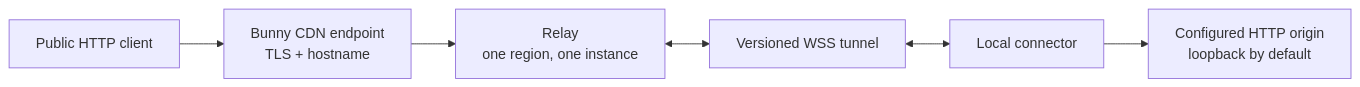
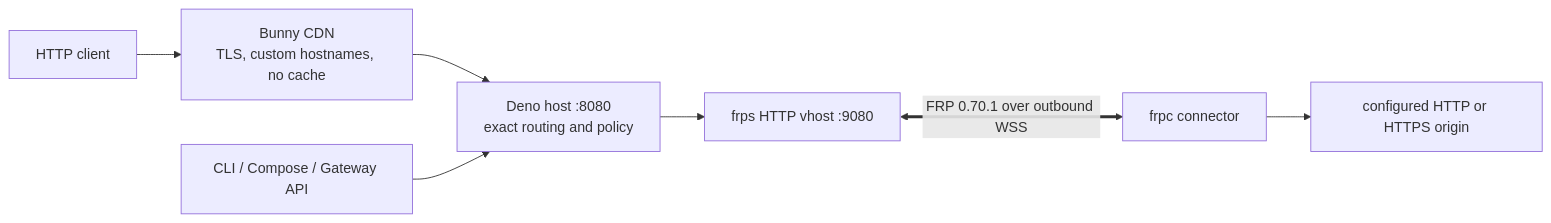
One commit to zimme/bunny-hole changed the diagram in docs/architecture.md. Above: the diagram before and after it, drawn with Mermaid. The commit also changed other lines of this file and 106 other files, not shown here.

Commit message:
feat: build the FRP-based Bunny Hole platform

````diff
--- a/docs/architecture.md
+++ b/docs/architecture.md
@@ -19,8 +12,9 @@
 ```mermaid
 flowchart LR
-  C["Public HTTP client"] --> CDN["Bunny CDN endpoint<br/>TLS + hostname"]
-  CDN --> R["Relay<br/>one region, one instance"]
-  R <--> WS["Versioned WSS tunnel"]
-  WS <--> K["Local connector"]
-  K --> O["Configured HTTP origin<br/>loopback by default"]
+  U[HTTP client] --> C[Bunny CDN<br/>TLS, custom hostnames, no cache]
+  C --> H[Deno host :8080<br/>exact routing and policy]
+  H --> V[frps HTTP vhost :9080]
+  V <==>|FRP 0.70.1 over outbound WSS| F[frpc connector]
+  F --> O[configured HTTP or HTTPS origin]
+  A[CLI / Compose / Gateway API] --> H
 ```
````
